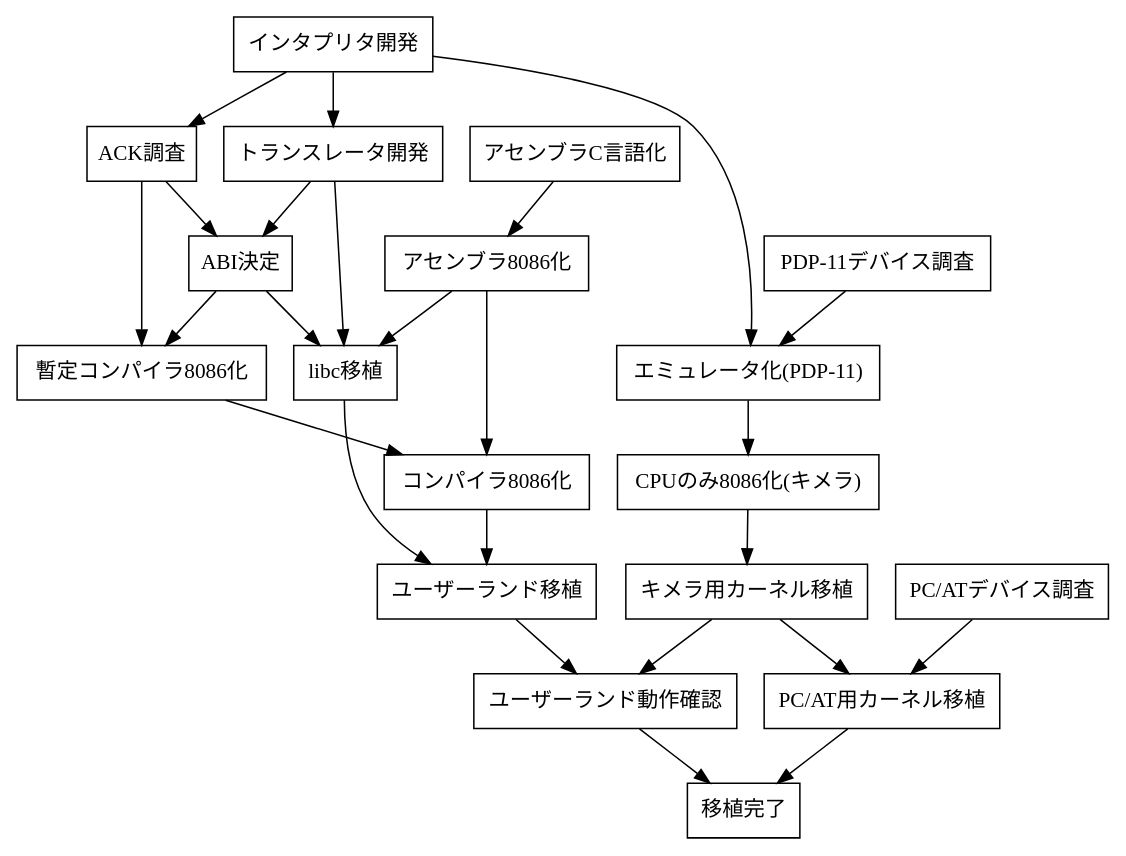
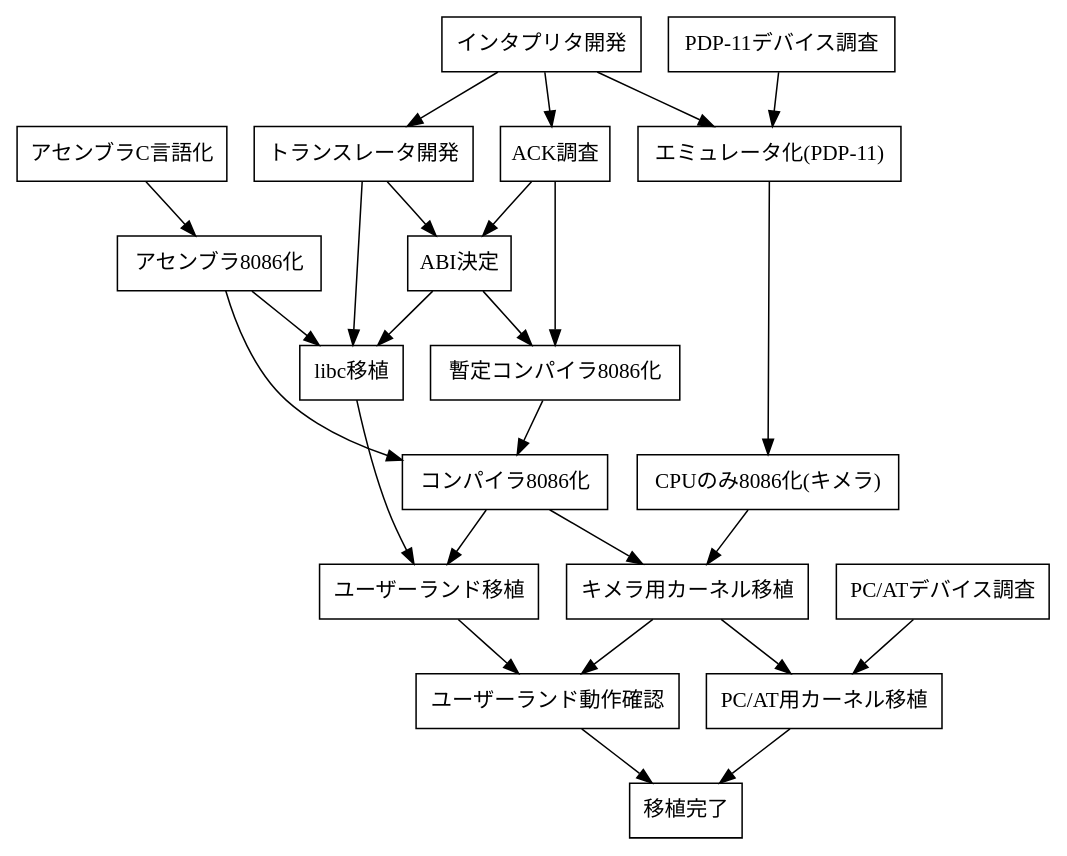
The diagram in 8086v6.dot (7shi/i8086tools), drawn with Graphviz before and after one commit.

Commit message:
作業フローを修正 - カーネル移植はコンパイラ移植に依存

```diff
--- a/8086v6.dot
+++ b/8086v6.dot
@@ -1,48 +1,49 @@
 digraph i8086v6 {
 	node [fontname="meiryo", shape=box]
 	edge [fontname="meiryo"]
 
 	interp [label="インタプリタ開発"]
 	trans [label="トランスレータ開発"]
 	ack [label="ACK調査"]
 	abi [label="ABI決定"]
 	libc [label="libc移植"]
 	user [label="ユーザーランド移植"]
 	cc_ack [label="暫定コンパイラ8086化"]
 	cc [label="コンパイラ8086化"]
 	as1 [label="アセンブラC言語化"]
 	as2 [label="アセンブラ8086化"]
 	dev_pdp [label="PDP-11デバイス調査"]
 	emu_pdp [label="エミュレータ化(PDP-11)"]
 	emu_chi [label="CPUのみ8086化(キメラ)"]
 	kern_chi [label="キメラ用カーネル移植"]
 	dev_at [label="PC/ATデバイス調査"]
 	kern_at [label="PC/AT用カーネル移植"]
 	run_user [label="ユーザーランド動作確認"]
 	done [label="移植完了"]
 
 	interp -> trans
 	interp -> ack
 	ack -> abi
 	ack -> cc_ack
 	cc_ack -> cc
 	trans -> abi
 	trans -> libc
 	abi -> cc_ack
 	abi -> libc
 	as1 -> as2
 	as2 -> libc
 	as2 -> cc
 	libc -> user
 	cc -> user
 	interp -> emu_pdp
 	dev_pdp -> emu_pdp
 	emu_pdp -> emu_chi
 	emu_chi -> kern_chi
+	cc -> kern_chi
 	kern_chi -> kern_at
 	kern_chi -> run_user
 	user -> run_user
 	dev_at -> kern_at
 	run_user -> done
 	kern_at -> done
 }
```
